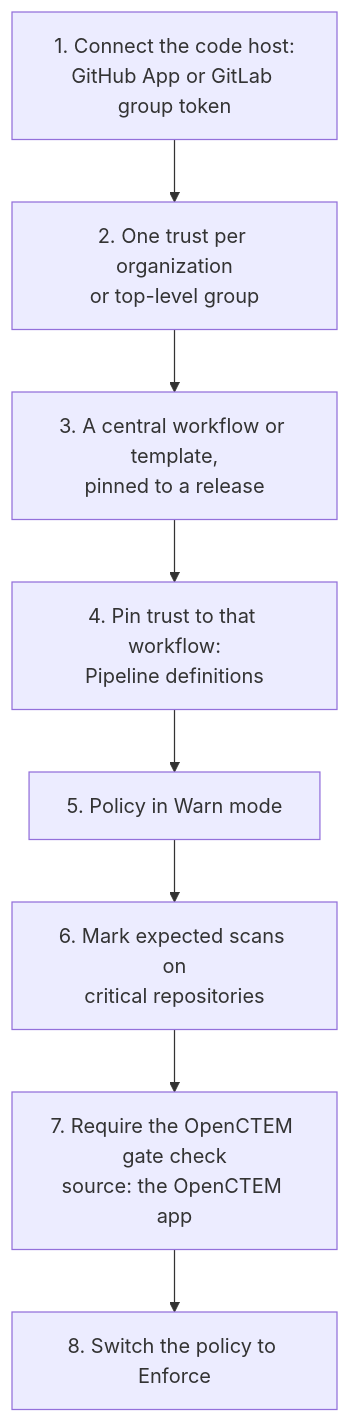
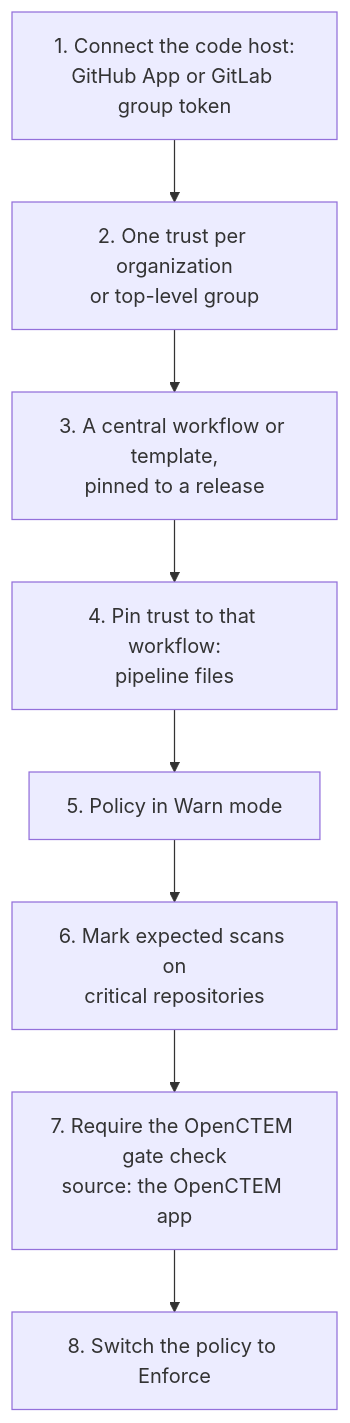
The diagram in scanning/ci-rollout.md (openctemio/docs), drawn with Mermaid before and after one commit. The commit also changed other lines of this file and 258 other files, not shown here.

````diff
--- a/scanning/ci-rollout.md
+++ b/scanning/ci-rollout.md
@@ -19,10 +19,10 @@
 ```mermaid
 flowchart TD
   a[1. Connect the code host:<br/>GitHub App or GitLab group token] --> b[2. One trust per organization<br/>or top-level group]
   b --> c[3. A central workflow or template,<br/>pinned to a release]
-  c --> d[4. Pin trust to that workflow:<br/>Pipeline definitions]
+  c --> d[4. Pin trust to that workflow:<br/>pipeline files]
   d --> e[5. Policy in Warn mode]
   e --> f[6. Mark expected scans on<br/>critical repositories]
   f --> g[7. Require the OpenCTEM gate check<br/>source: the OpenCTEM app]
   g --> h[8. Switch the policy to Enforce]
 ```
````
